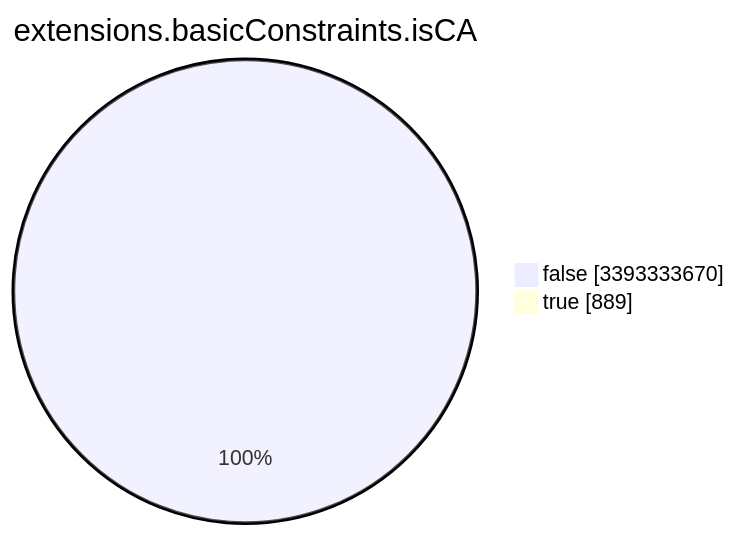
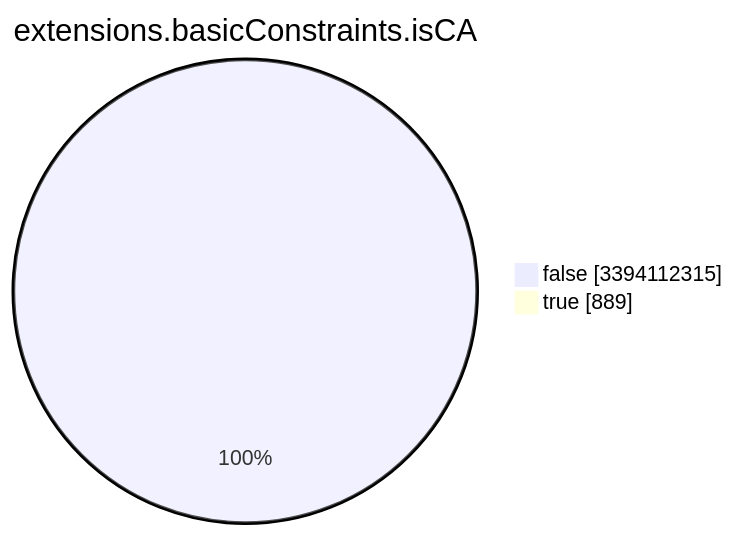
One commit to christiankrug/ctmonitor_visualization changed the seventh of 15 diagrams in TOTAL/README.md. Above: the diagram before and after it, drawn with Mermaid. The commit also changed other lines of this file, not shown here.

````diff
--- a/TOTAL/README.md
+++ b/TOTAL/README.md
@@ -3090,6 +3090,6 @@
 ```mermaid
 pie showData
 title extensions.basicConstraints.isCA
-"false" :3393333670
+"false" :3394112315
 "true" :889
 ```
````
